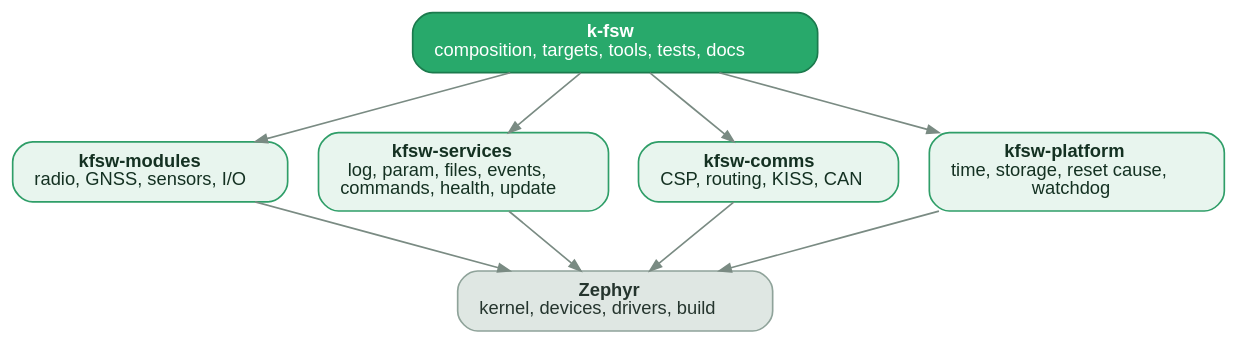
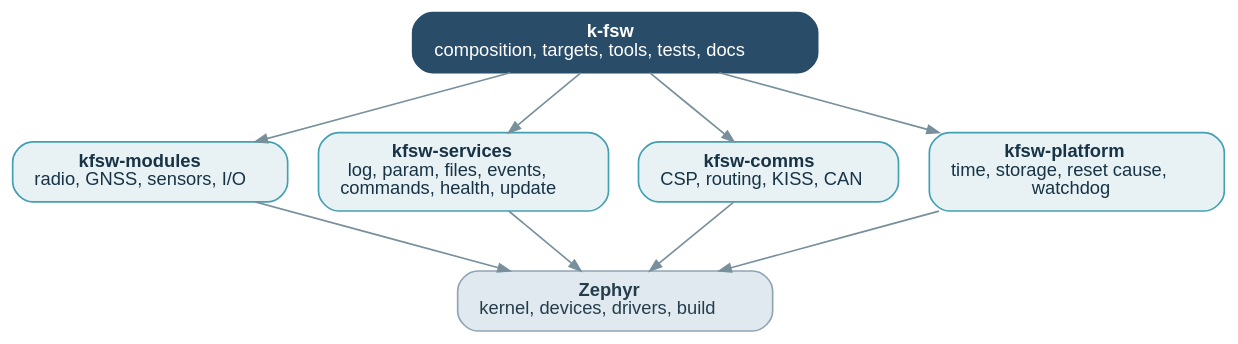
The diagram in docs/media/layout.dot (dgonzalez97/k-fsw), drawn with Graphviz before and after one commit. The commit also changed 8 other files, not shown here.

```diff
--- a/docs/media/layout.dot
+++ b/docs/media/layout.dot
@@ -1,30 +1,30 @@
 /* The repository layout, rendered to SVG by tools/docs/diagrams.sh.
  *
  * Colours are given for both themes by using mid-tones that hold on a white
  * page and a dark one, since GitHub picks the reader's theme and an SVG cannot
  * ask which it got.
  */
 digraph kfsw {
 	bgcolor="transparent";
 	rankdir=TB;
 	node [shape=box, style="rounded,filled", fontname="Helvetica",
-	      fontsize=11, color="#2f9e68", fillcolor="#e8f5ee", fontcolor="#143122",
+	      fontsize=11, color="#43a0b2", fillcolor="#e8f2f5", fontcolor="#173345",
 	      margin="0.18,0.10"];
-	edge [color="#7a8b83", arrowsize=0.7];
+	edge [color="#78909c", arrowsize=0.7];
 
 	app [label=<<b>k-fsw</b><br/>composition, targets, tools, tests, docs>,
-	     fillcolor="#28a96b", fontcolor="#ffffff", color="#1c7a4d"];
+	     fillcolor="#294c69", fontcolor="#ffffff", color="#294c69"];
 
 	modules  [label=<<b>kfsw-modules</b><br/>radio, GNSS, sensors, I/O>];
 	services [label=<<b>kfsw-services</b><br/>log, param, files, events,<br/>commands, health, update>];
 	comms    [label=<<b>kfsw-comms</b><br/>CSP, routing, KISS, CAN>];
 	platform [label=<<b>kfsw-platform</b><br/>time, storage, reset cause,<br/>watchdog>];
 
 	zephyr [label=<<b>Zephyr</b><br/>kernel, devices, drivers, build>,
-	        fillcolor="#dfe7e3", color="#8fa39a", fontcolor="#25352e"];
+	        fillcolor="#e0e9ef", color="#91a4b2", fontcolor="#253d4b"];
 
 	app -> {modules services comms platform};
 	{modules services comms platform} -> zephyr;
 
 	{rank=same; modules; services; comms; platform;}
 }
```
